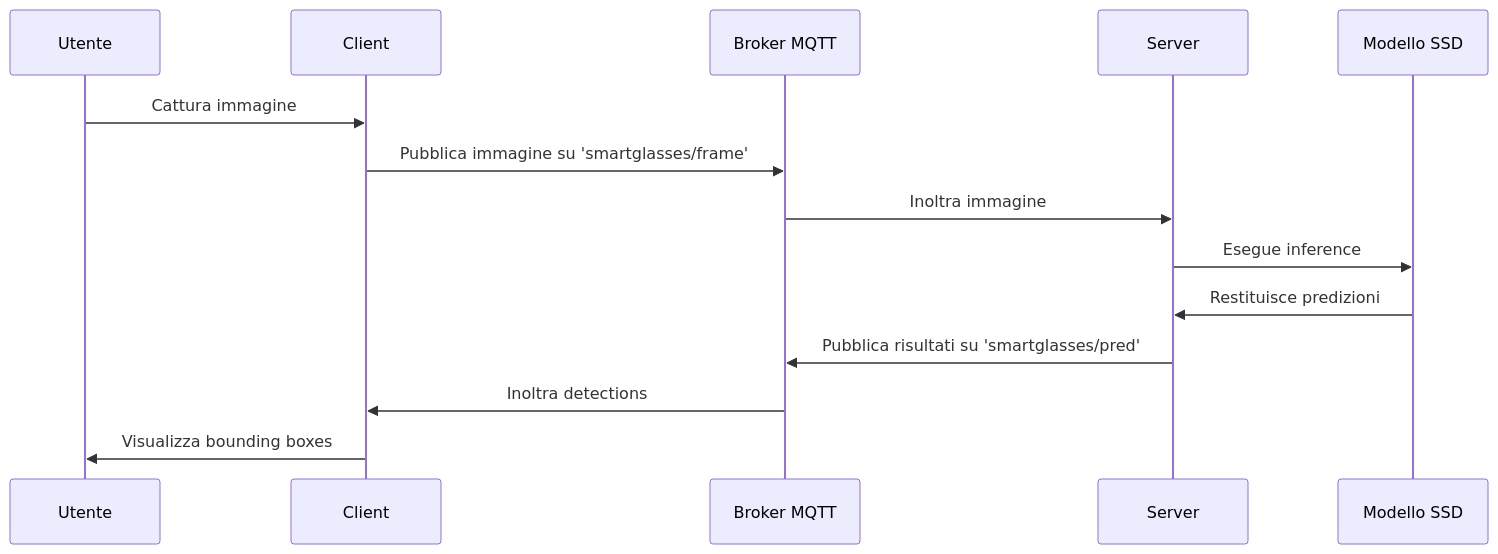
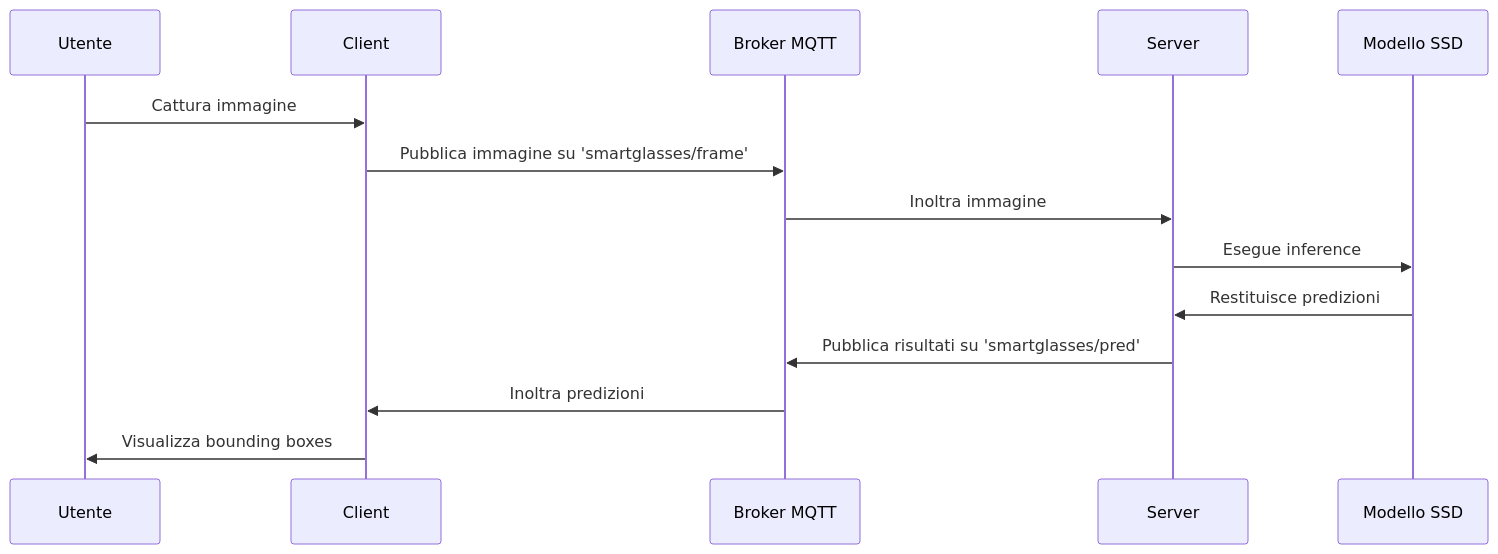
The third of 6 diagrams in README.md (riccardosemeraro/B.O.S.S.-Branch-Bellusci-SSD300-VGG16), drawn with Mermaid before and after one commit. The commit also changed other lines of this file, not shown here.

````diff
--- a/README.md
+++ b/README.md
@@ -334,33 +334,33 @@
 ```mermaid
 
 sequenceDiagram
 
 participant Utente
 
 participant Client
 
 participant Broker MQTT
 
 participant Server
 
 participant Modello SSD
 
   
 
 Utente->>Client: Cattura immagine
 
 Client->>Broker MQTT: Pubblica immagine su 'smartglasses/frame'
 
 Broker MQTT->>Server: Inoltra immagine
 
 Server->>Modello SSD: Esegue inference
 
 Modello SSD->>Server: Restituisce predizioni
 
 Server->>Broker MQTT: Pubblica risultati su 'smartglasses/pred'
 
-Broker MQTT->>Client: Inoltra detections
+Broker MQTT->>Client: Inoltra predizioni
 
 Client->>Utente: Visualizza bounding boxes
 
 ```
````
